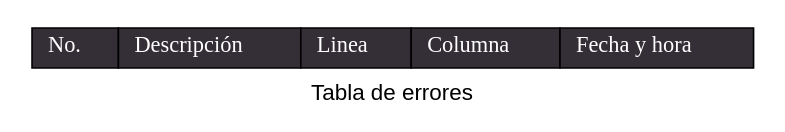
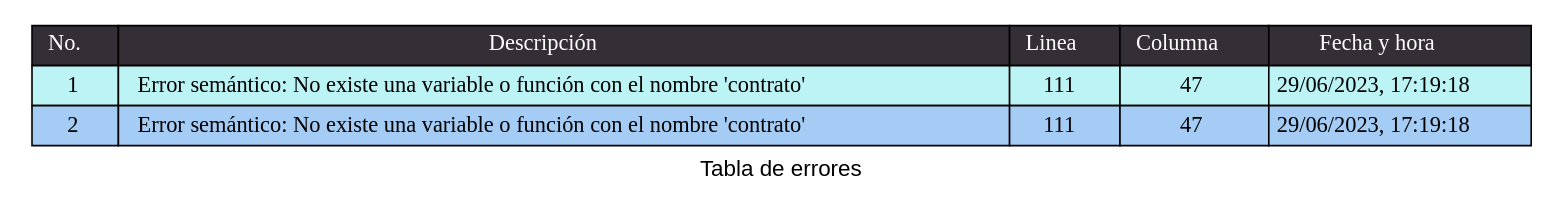
Before and after one commit to LuisaMariaO/OLC2P1-Luisa-Ortiz-Marjorie-Reyes: the diagram in Fase 1/backend/TablaErrores.dot, drawn with Graphviz. The commit also changed 6 other files, not shown here.

```diff
--- a/Fase 1/backend/TablaErrores.dot
+++ b/Fase 1/backend/TablaErrores.dot
@@ -1,16 +1,30 @@
 digraph {
             fontname="Arial"
             label = "Tabla de errores"
             node[shape=none]
             n1[label=<
             <table BORDER="0" CELLBORDER="1" CELLSPACING="0" CELLPADDING="4">]
             <tr>
             <td bgcolor="#342E37"> <font color="white"> No. </font> </td>
             <td bgcolor="#342E37"> <font color="white"> Descripción </font> </td>
             <td bgcolor="#342E37"> <font color="white"> Linea </font> </td>
             <td bgcolor="#342E37"> <font color="white"> Columna </font> </td>
             <td bgcolor="#342E37"> <font color="white"> Fecha y hora </font> </td>
             </tr>
+<tr>
+<td bgcolor="#BCF4F5">1</td>
+<td bgcolor="#BCF4F5">   Error semántico: No existe una variable o función con el nombre 'contrato'</td> 
+ <td bgcolor="#BCF4F5">   111</td> 
+ <td bgcolor="#BCF4F5">   47</td> 
+ <td bgcolor="#BCF4F5">29/06/2023, 17:19:18</td> 
+</tr>
+<tr>
+<td bgcolor="#A4CCF4">2</td>
+<td bgcolor="#A4CCF4">   Error semántico: No existe una variable o función con el nombre 'contrato'</td> 
+ <td bgcolor="#A4CCF4">   111</td> 
+ <td bgcolor="#A4CCF4">   47</td> 
+ <td bgcolor="#A4CCF4">29/06/2023, 17:19:18</td> 
+</tr>
 </table>
     >]
     }
```
